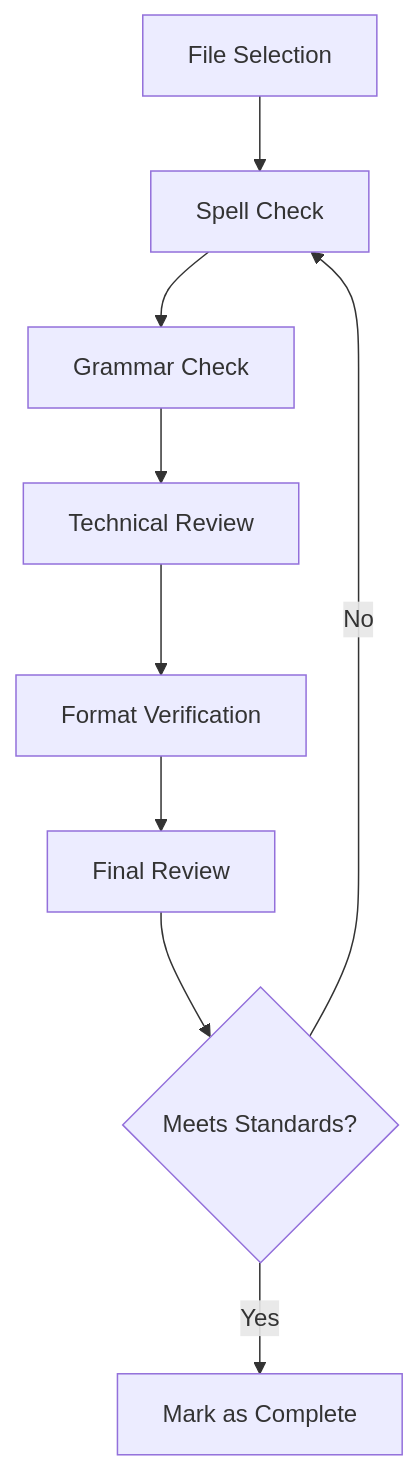
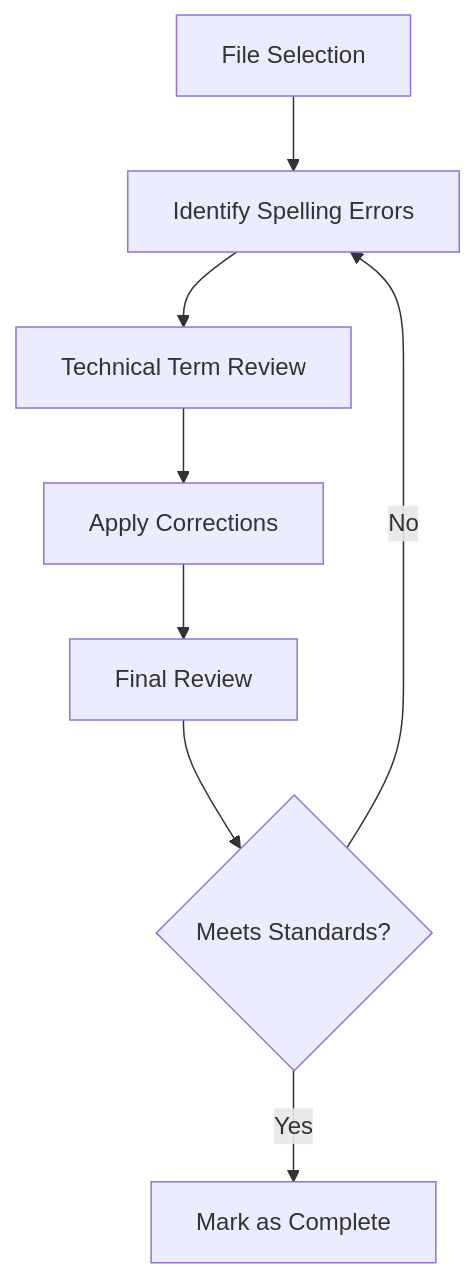
One commit to sparklepop/cursor-auto-rules-agile-workflow changed the diagram in .ai/arch.md. Above: the diagram before and after it, drawn with Mermaid. The commit also changed other lines of this file and 2 other files, not shown here.

````diff
--- a/.ai/arch.md
+++ b/.ai/arch.md
@@ -14,11 +14,10 @@
 ```mermaid
 graph TD
-    A[File Selection] --> B[Spell Check]
-    B --> C[Grammar Check]
-    C --> D[Technical Review]
-    D --> E[Format Verification]
-    E --> F[Final Review]
-    F --> G{Meets Standards?}
-    G -->|Yes| H[Mark as Complete]
-    G -->|No| B
+    A[File Selection] --> B[Identify Spelling Errors]
+    B --> C[Technical Term Review]
+    C --> D[Apply Corrections]
+    D --> E[Final Review]
+    E --> F{Meets Standards?}
+    F -->|Yes| G[Mark as Complete]
+    F -->|No| B
 ```
````
